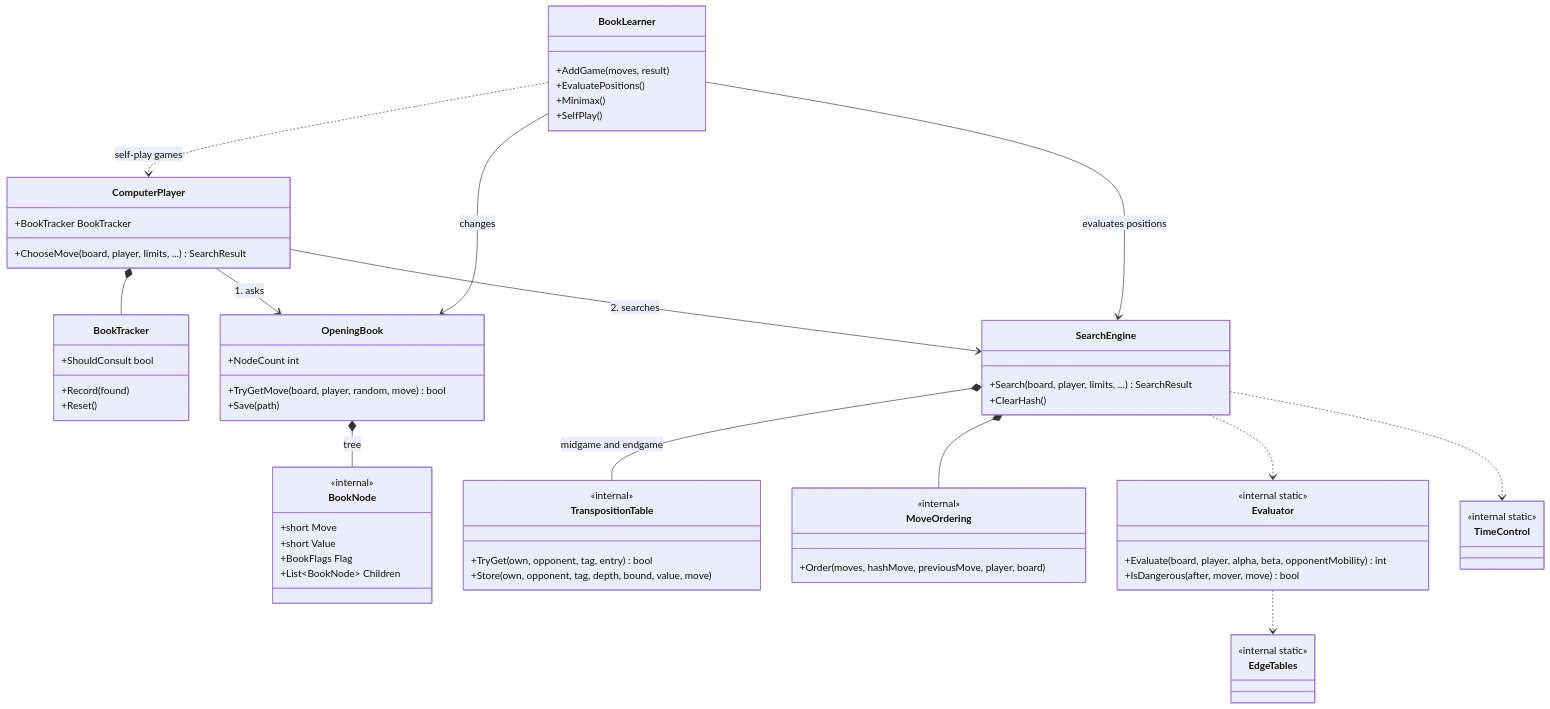
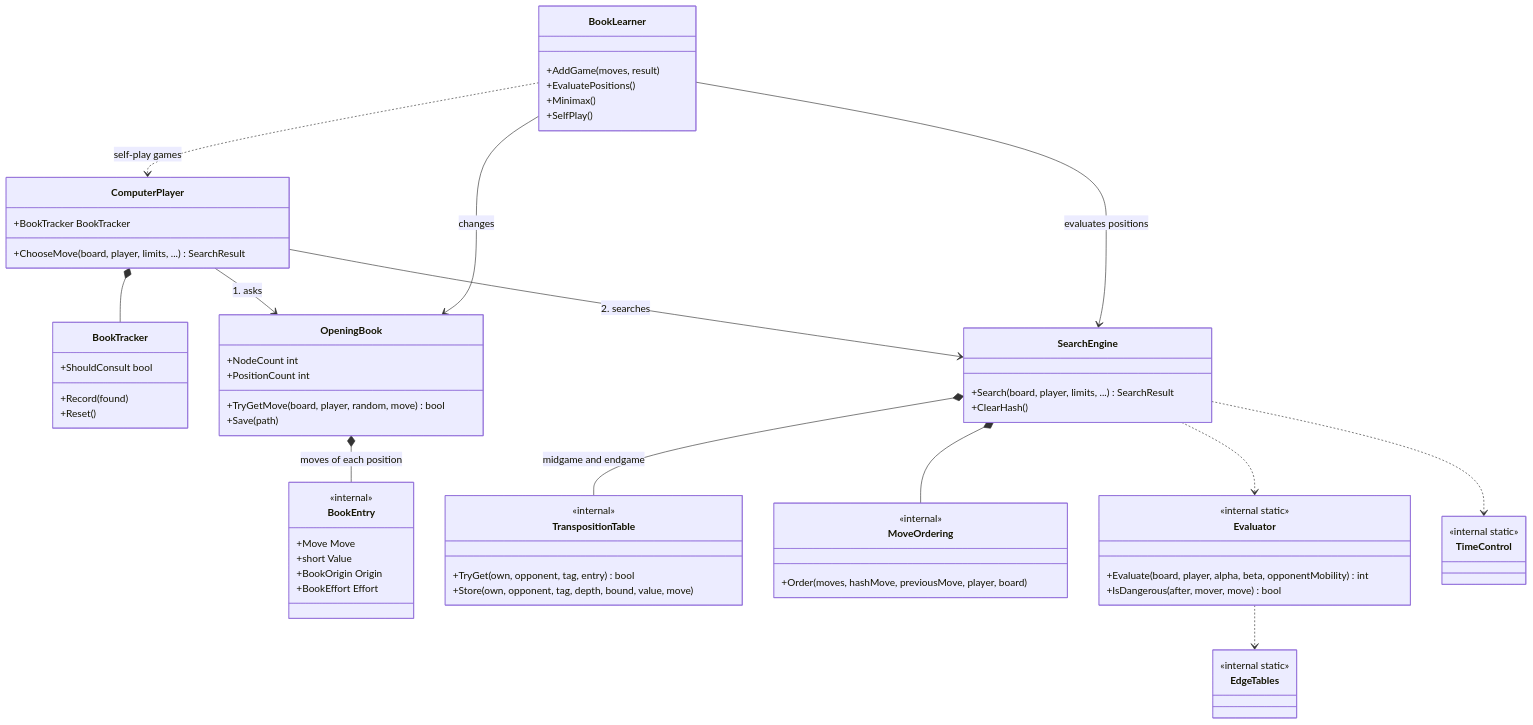
Before and after one commit to cjp-dev/Stello: the third of 4 diagrams in docs/brain/01-overview.md, drawn with Mermaid. The commit also changed other lines of this file and 42 other files, not shown here.

Commit message:
Updated opening book. Phase 1 commit

````diff
--- a/docs/brain/01-overview.md
+++ b/docs/brain/01-overview.md
@@ -117,66 +121,67 @@
 ```mermaid
 classDiagram
     class ComputerPlayer {
         +BookTracker BookTracker
         +ChooseMove(board, player, limits, ...) SearchResult
     }
     class BookTracker {
         +ShouldConsult bool
         +Record(found)
         +Reset()
     }
     class OpeningBook {
         +NodeCount int
+        +PositionCount int
         +TryGetMove(board, player, random, move) bool
         +Save(path)
     }
-    class BookNode {
+    class BookEntry {
         <<internal>>
-        +short Move
+        +Move Move
         +short Value
-        +BookFlags Flag
-        +List~BookNode~ Children
+        +BookOrigin Origin
+        +BookEffort Effort
     }
     class SearchEngine {
         +Search(board, player, limits, ...) SearchResult
         +ClearHash()
     }
     class TranspositionTable {
         <<internal>>
         +TryGet(own, opponent, tag, entry) bool
         +Store(own, opponent, tag, depth, bound, value, move)
     }
     class MoveOrdering {
         <<internal>>
         +Order(moves, hashMove, previousMove, player, board)
     }
     class Evaluator {
         <<internal static>>
         +Evaluate(board, player, alpha, beta, opponentMobility) int
         +IsDangerous(after, mover, move) bool
     }
     class EdgeTables {
         <<internal static>>
     }
     class TimeControl {
         <<internal static>>
     }
     class BookLearner {
         +AddGame(moves, result)
         +EvaluatePositions()
         +Minimax()
         +SelfPlay()
     }
     ComputerPlayer *-- BookTracker
     ComputerPlayer --> OpeningBook : 1. asks
     ComputerPlayer --> SearchEngine : 2. searches
-    OpeningBook *-- BookNode : tree
+    OpeningBook *-- BookEntry : moves of each position
     SearchEngine *-- TranspositionTable : midgame and endgame
     SearchEngine *-- MoveOrdering
     SearchEngine ..> Evaluator
     SearchEngine ..> TimeControl
     Evaluator ..> EdgeTables
     BookLearner --> OpeningBook : changes
     BookLearner --> SearchEngine : evaluates positions
     BookLearner ..> ComputerPlayer : self-play games
 ```
````
